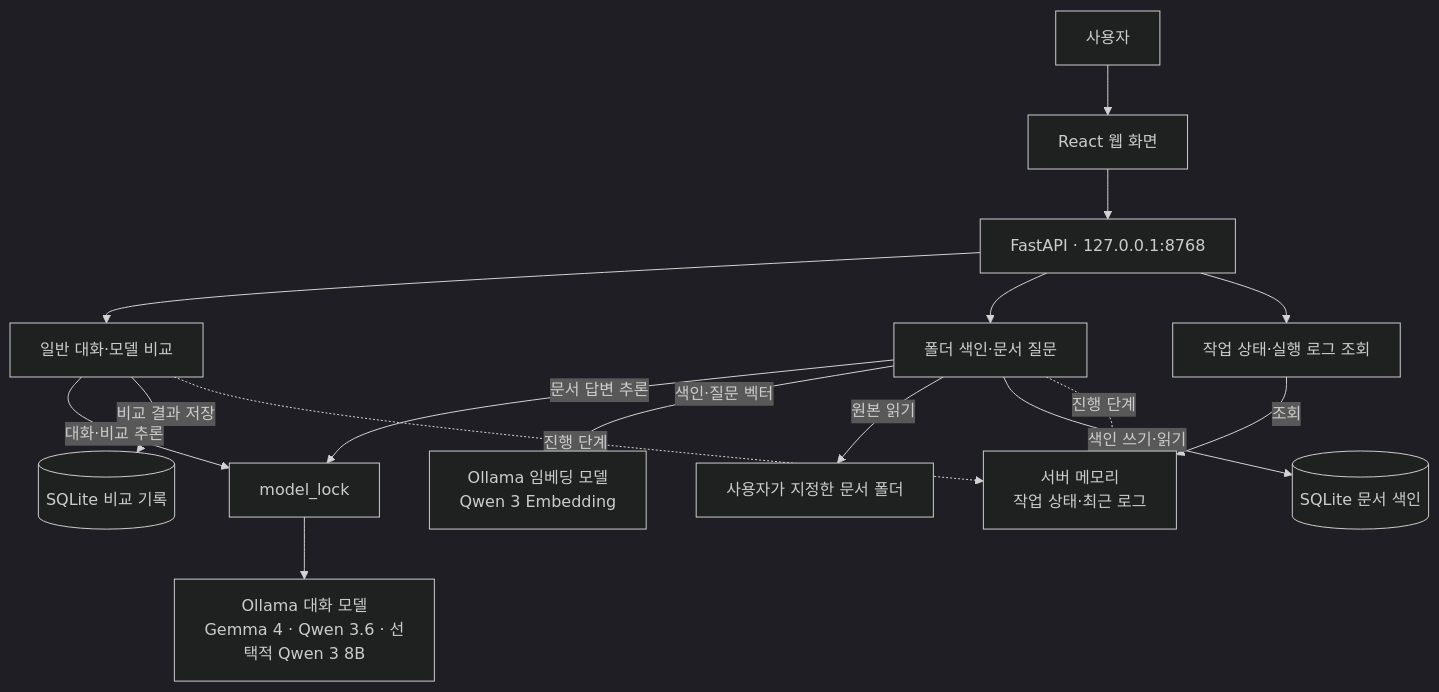
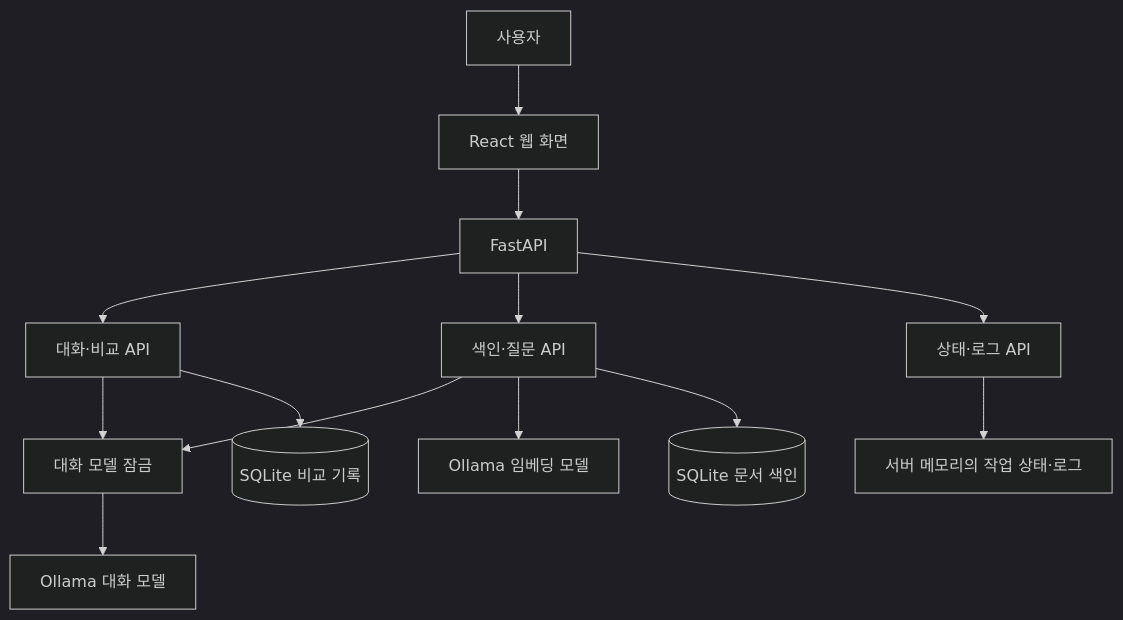
Before and after one commit to zidudu/26_-AI-: the first of 3 diagrams in 20261001_local_ai_workbench_v0.1/README.md, drawn with Mermaid (dark theme). The commit also changed other lines of this file and 2 other files, not shown here.

Commit message:
Clarify branching local AI component architecture

````diff
--- a/20261001_local_ai_workbench_v0.1/README.md
+++ b/20261001_local_ai_workbench_v0.1/README.md
@@ -37,22 +37,18 @@
 ```mermaid
 flowchart TB
     U["사용자"] --> W["React 웹 화면"]
-    W --> API["FastAPI · 127.0.0.1:8768"]
+    W --> API["FastAPI"]
 
-    API --> C["일반 대화·모델 비교"]
-    API --> F["폴더 색인·문서 질문"]
-    API --> L["작업 상태·실행 로그 조회"]
+    API --> C["대화·비교 API"]
+    API --> F["색인·질문 API"]
+    API --> L["상태·로그 API"]
 
-    C -->|대화·비교 추론| ML["model_lock"]
-    F -->|문서 답변 추론| ML
-    ML --> CM["Ollama 대화 모델<br/>Gemma 4 · Qwen 3.6 · 선택적 Qwen 3 8B"]
+    C --> ML["대화 모델 잠금"]
+    F --> ML
+    ML --> CM["Ollama 대화 모델"]
 
-    F -->|색인·질문 벡터| EM["Ollama 임베딩 모델<br/>Qwen 3 Embedding"]
-    F -->|원본 읽기| DOC["사용자가 지정한 문서 폴더"]
-    F -->|색인 쓰기·읽기| IDX[("SQLite 문서 색인")]
-    C -->|비교 결과 저장| HIS[("SQLite 비교 기록")]
-
-    C -.->|진행 단계| ACT["서버 메모리<br/>작업 상태·최근 로그"]
-    F -.->|진행 단계| ACT
-    L -->|조회| ACT
+    F --> EM["Ollama 임베딩 모델"]
+    F --> IDX[("SQLite 문서 색인")]
+    C --> HIS[("SQLite 비교 기록")]
+    L --> ACT["서버 메모리의 작업 상태·로그"]
 ```
````
